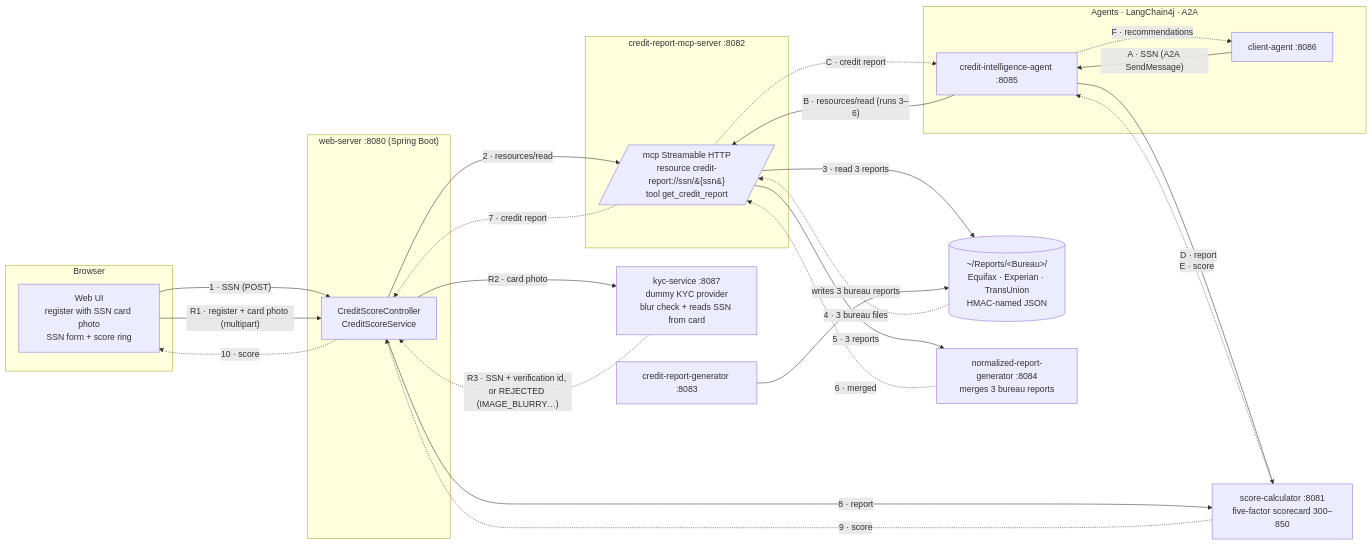
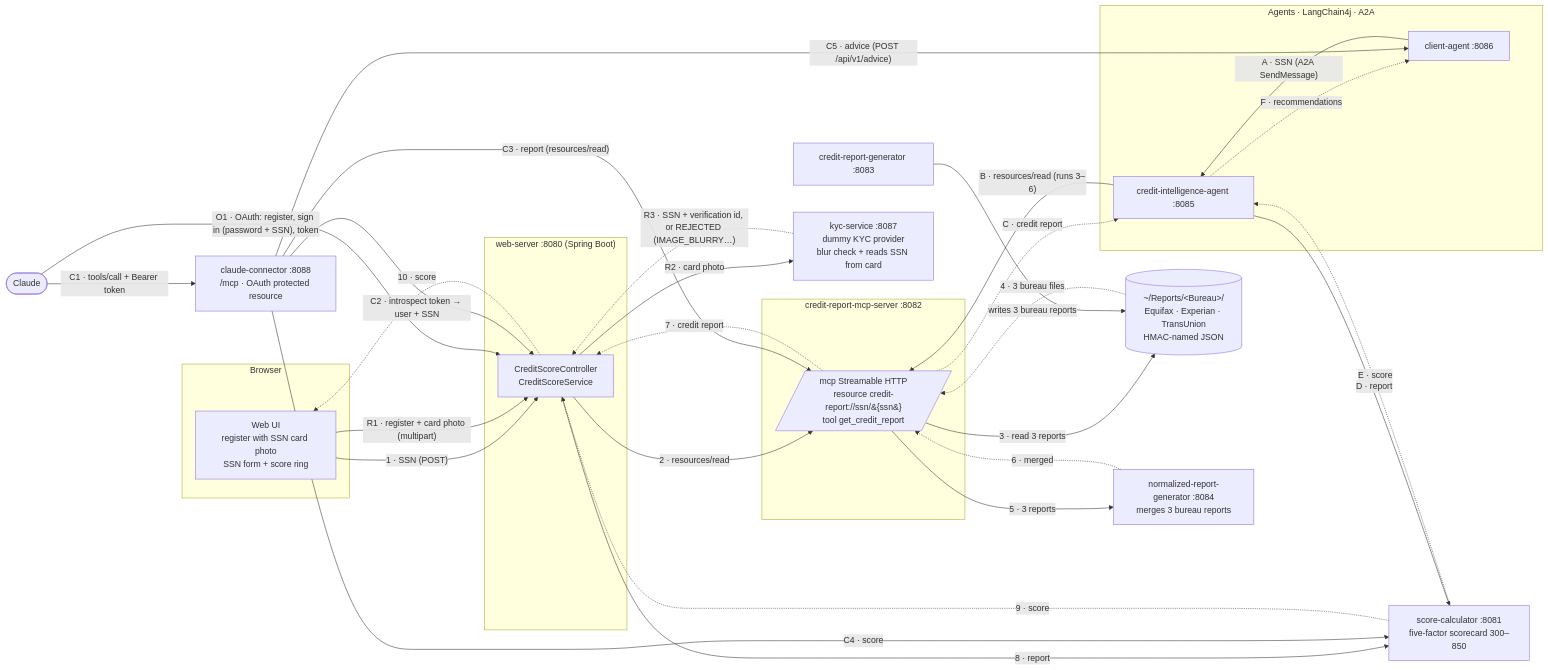
The first of 3 diagrams in docs/architecture.md (manojkhanwalkar/creditagent), drawn with Mermaid before and after one commit. The commit also changed other lines of this file and 56 other files, not shown here.

First line of the commit message:
Add a Claude connector: remote MCP server with OAuth 2.1 sign-in (#16)

````diff
--- a/docs/architecture.md
+++ b/docs/architecture.md
@@ -5,42 +5,50 @@
 ```mermaid
 flowchart LR
     subgraph Browser
         UI[Web UI<br/>register with SSN card photo<br/>SSN form + score ring]
     end
     subgraph Web["web-server :8080 (Spring Boot)"]
         WS[CreditScoreController<br/>CreditScoreService]
     end
     subgraph MCP["credit-report-mcp-server :8082"]
         M[/mcp Streamable HTTP<br/>resource credit-report://ssn/&#123;ssn&#125;<br/>tool get_credit_report/]
     end
     FS[(~/Reports/&lt;Bureau&gt;/<br/>Equifax · Experian · TransUnion<br/>HMAC-named JSON)]
     NRG[normalized-report-generator :8084<br/>merges 3 bureau reports]
     GEN[credit-report-generator :8083]
     SC[score-calculator :8081<br/>five-factor scorecard 300–850]
     KYC[kyc-service :8087<br/>dummy KYC provider<br/>blur check + reads SSN from card]
     subgraph Agents["Agents · LangChain4j · A2A"]
         CA[client-agent :8086]
         CIA[credit-intelligence-agent :8085]
     end
+    CL([Claude])
+    CC[claude-connector :8088<br/>/mcp · OAuth protected resource]
 
     UI -- "1 · SSN (POST)" --> WS
     WS -- "2 · resources/read" --> M
     M -- "3 · read 3 reports" --> FS
     FS -. "4 · 3 bureau files" .-> M
     M -- "5 · 3 reports" --> NRG
     NRG -. "6 · merged" .-> M
     M -. "7 · credit report" .-> WS
     WS -- "8 · report" --> SC
     SC -. "9 · score" .-> WS
     WS -. "10 · score" .-> UI
     GEN -- "writes 3 bureau reports" --> FS
     UI -- "R1 · register + card photo (multipart)" --> WS
     WS -- "R2 · card photo" --> KYC
     KYC -. "R3 · SSN + verification id, or REJECTED (IMAGE_BLURRY…)" .-> WS
     CA -- "A · SSN (A2A SendMessage)" --> CIA
     CIA -- "B · resources/read (runs 3–6)" --> M
     M -. "C · credit report" .-> CIA
     CIA -- "D · report" --> SC
     SC -. "E · score" .-> CIA
     CIA -. "F · recommendations" .-> CA
+    CL -- "O1 · OAuth: register, sign in (password + SSN), token" --> WS
+    CL -- "C1 · tools/call + Bearer token" --> CC
+    CC -- "C2 · introspect token → user + SSN" --> WS
+    CC -- "C3 · report (resources/read)" --> M
+    CC -- "C4 · score" --> SC
+    CC -- "C5 · advice (POST /api/v1/advice)" --> CA
 ```
````
